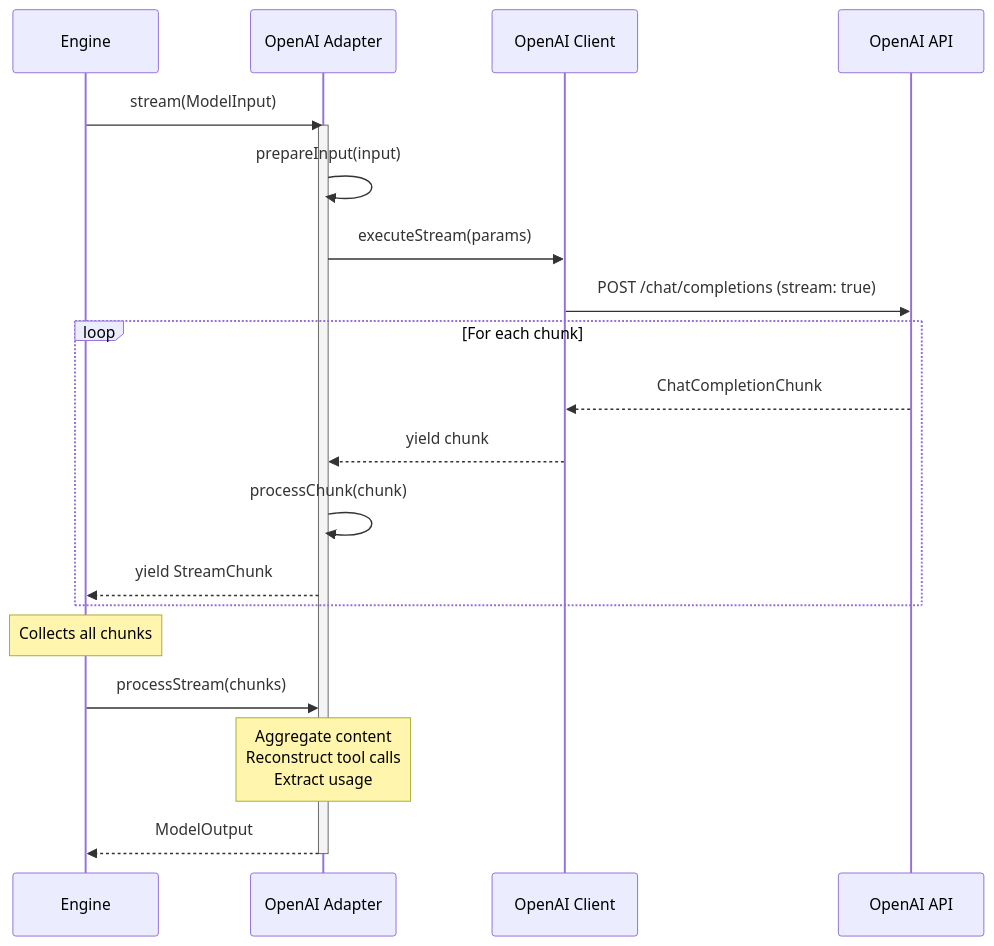
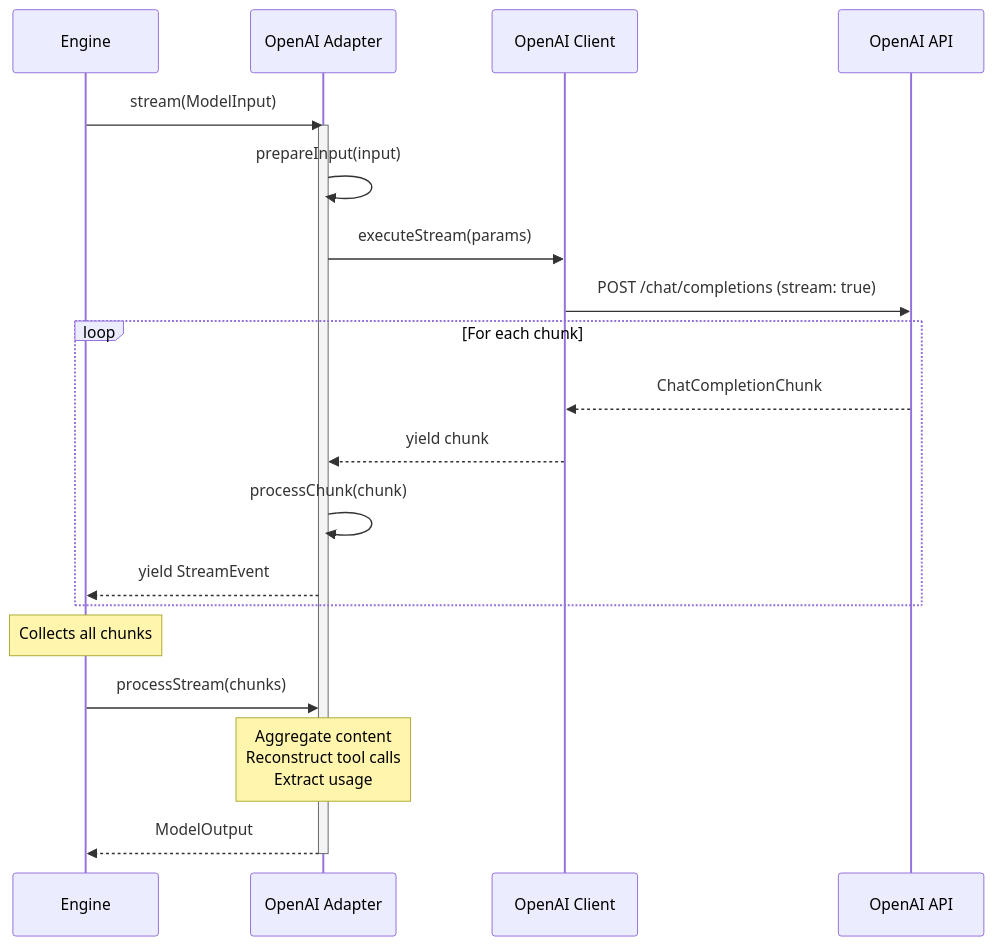
One commit to rlindgren/aidk changed the third of 3 diagrams in packages/adapters/openai/ARCHITECTURE.md. Above: the diagram before and after it, drawn with Mermaid. The commit also changed other lines of this file and 76 other files, not shown here.

````diff
--- a/packages/adapters/openai/ARCHITECTURE.md
+++ b/packages/adapters/openai/ARCHITECTURE.md
@@ -420,30 +420,30 @@
 ```mermaid
 sequenceDiagram
     participant Engine
     participant Adapter as OpenAI Adapter
     participant Client as OpenAI Client
     participant API as OpenAI API
 
     Engine->>Adapter: stream(ModelInput)
     activate Adapter
 
     Adapter->>Adapter: prepareInput(input)
 
     Adapter->>Client: executeStream(params)
     Client->>API: POST /chat/completions (stream: true)
 
     loop For each chunk
         API-->>Client: ChatCompletionChunk
         Client-->>Adapter: yield chunk
         Adapter->>Adapter: processChunk(chunk)
-        Adapter-->>Engine: yield StreamChunk
+        Adapter-->>Engine: yield StreamEvent
     end
 
     Note over Engine: Collects all chunks
 
     Engine->>Adapter: processStream(chunks)
     Note over Adapter: Aggregate content<br/>Reconstruct tool calls<br/>Extract usage
     Adapter-->>Engine: ModelOutput
 
     deactivate Adapter
 ```
````
